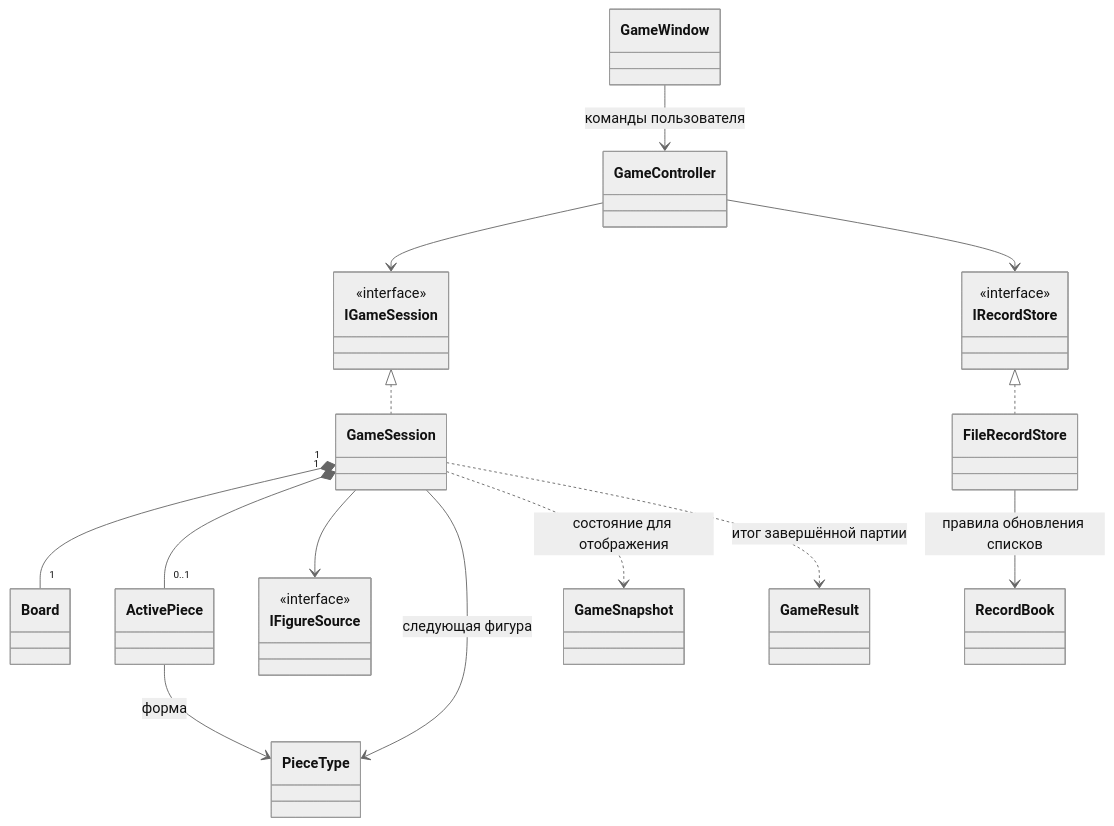
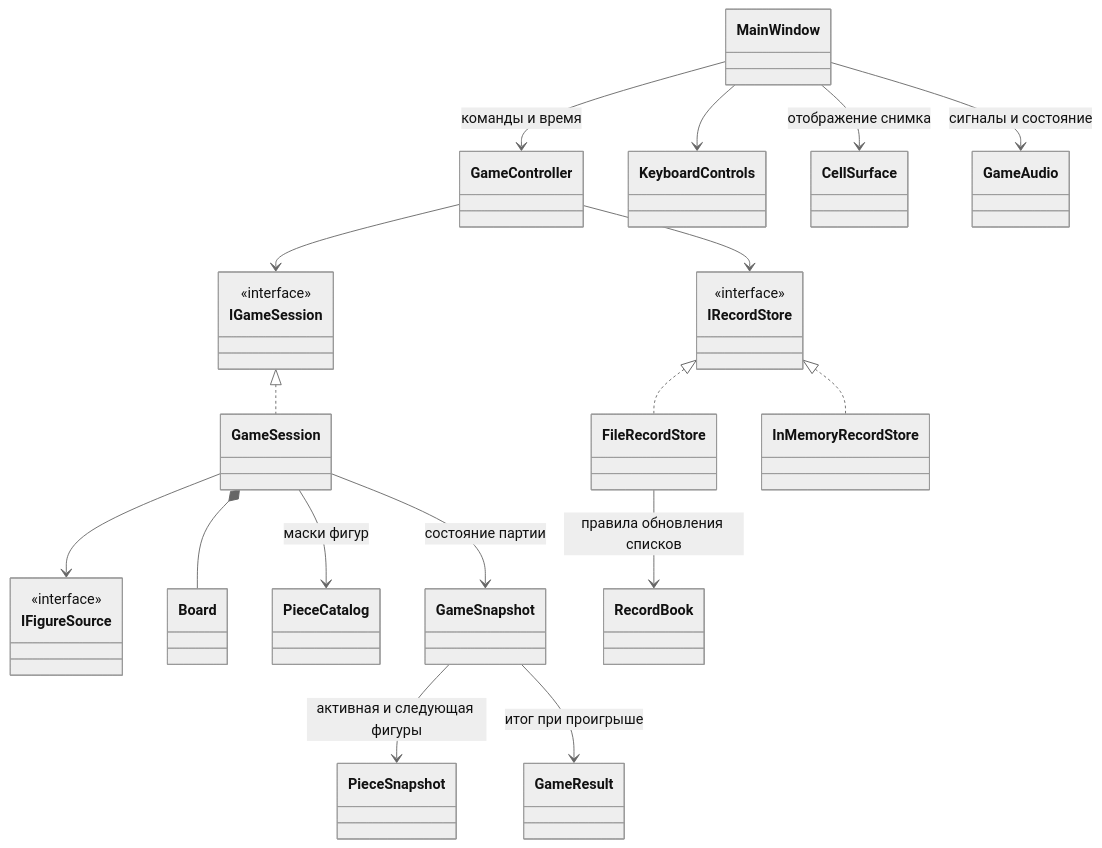
Before and after one commit to KrupenkoDaniil/Tetris: the diagram in docs/architecture.md, drawn with Mermaid (neutral theme). The commit also changed other lines of this file and 4 other files, not shown here.

````diff
--- a/docs/architecture.md
+++ b/docs/architecture.md
@@ -39,25 +41,28 @@
 ```mermaid
 classDiagram
     class IGameSession {
         <<interface>>
     }
     class IFigureSource {
         <<interface>>
     }
     class IRecordStore {
         <<interface>>
     }
-    GameWindow --> GameController : команды пользователя
+    MainWindow --> GameController : команды и время
+    MainWindow --> KeyboardControls
+    MainWindow --> CellSurface : отображение снимка
+    MainWindow --> GameAudio : сигналы и состояние
     GameController --> IGameSession
     GameController --> IRecordStore
     IGameSession <|.. GameSession
-    GameSession "1" *-- "1" Board
-    GameSession "1" *-- "0..1" ActivePiece
+    GameSession *-- Board
     GameSession --> IFigureSource
-    GameSession --> PieceType : следующая фигура
-    ActivePiece --> PieceType : форма
-    GameSession ..> GameSnapshot : состояние для отображения
-    GameSession ..> GameResult : итог завершённой партии
+    GameSession --> PieceCatalog : маски фигур
+    GameSession --> GameSnapshot : состояние партии
+    GameSnapshot --> PieceSnapshot : активная и следующая фигуры
+    GameSnapshot --> GameResult : итог при проигрыше
     IRecordStore <|.. FileRecordStore
+    IRecordStore <|.. InMemoryRecordStore
     FileRecordStore --> RecordBook : правила обновления списков
 ```
````
